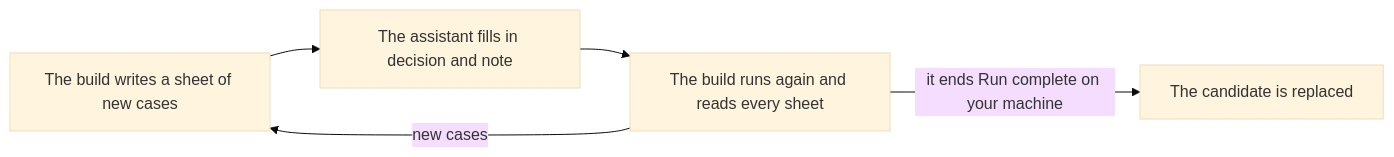
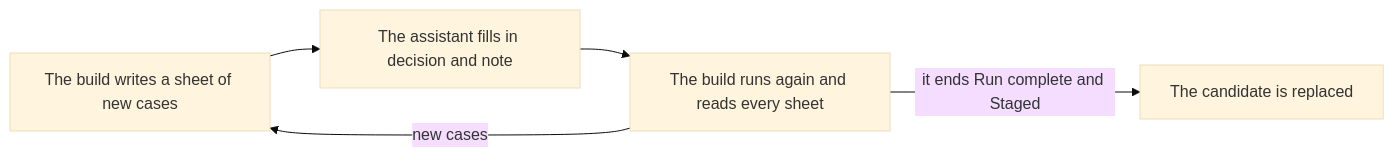
One commit to unifr-ecopub/handbook changed the diagram in curator/run-a-review-round.md. Above: the diagram before and after it, drawn with Mermaid (base theme). The commit also changed other lines of this file and 7 other files, not shown here.

Commit message:
A candidate is replaced only by a run that ends Run complete and Staged, and the pages name the not-to-open terms, an existing terms README, the tests before a commit, the two logs Claude may read, and a version marked wrong first in the package's report

````diff
--- a/curator/run-a-review-round.md
+++ b/curator/run-a-review-round.md
@@ -5,7 +5,7 @@
 ```mermaid
 flowchart LR
   A["The build writes a sheet of new cases"] --> B["The assistant fills in decision and note"]
   B --> C["The build runs again and reads every sheet"]
-  C -->|"it ends Run complete on your machine"| D["The candidate is replaced"]
+  C -->|"it ends Run complete and Staged"| D["The candidate is replaced"]
   C -->|"new cases"| A
 ```
````
